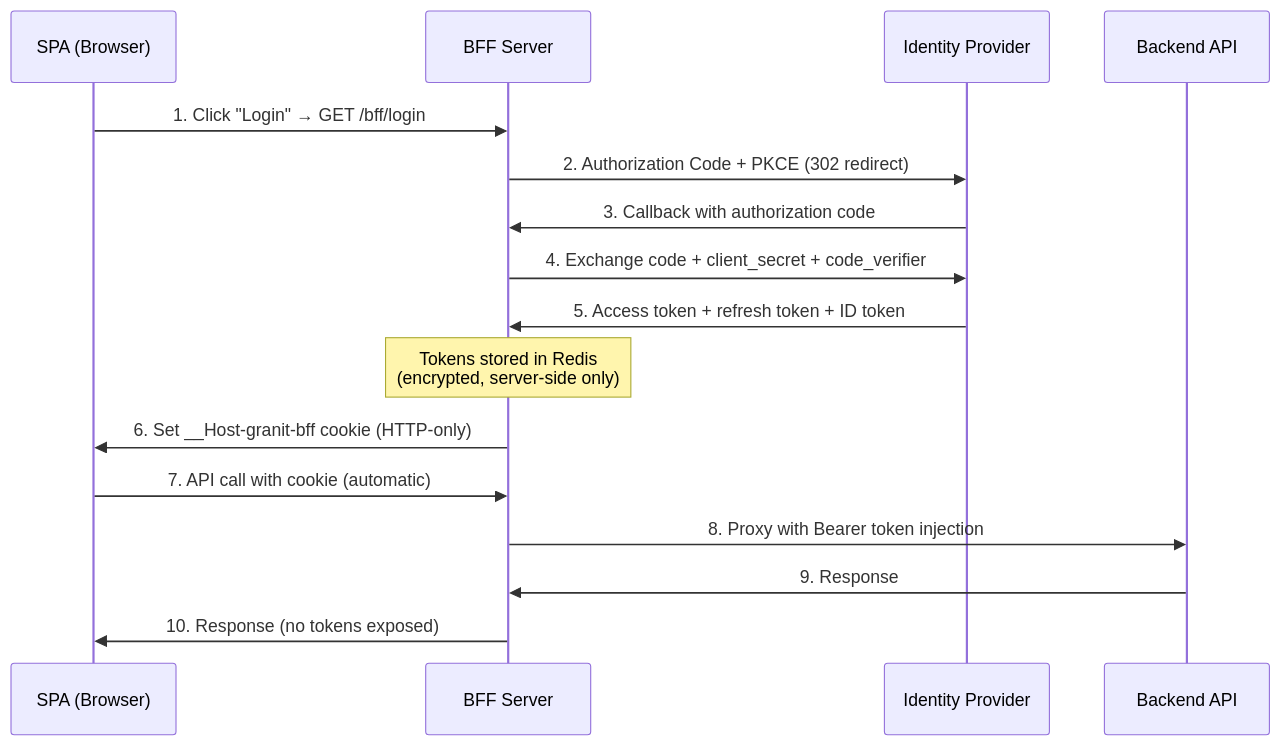
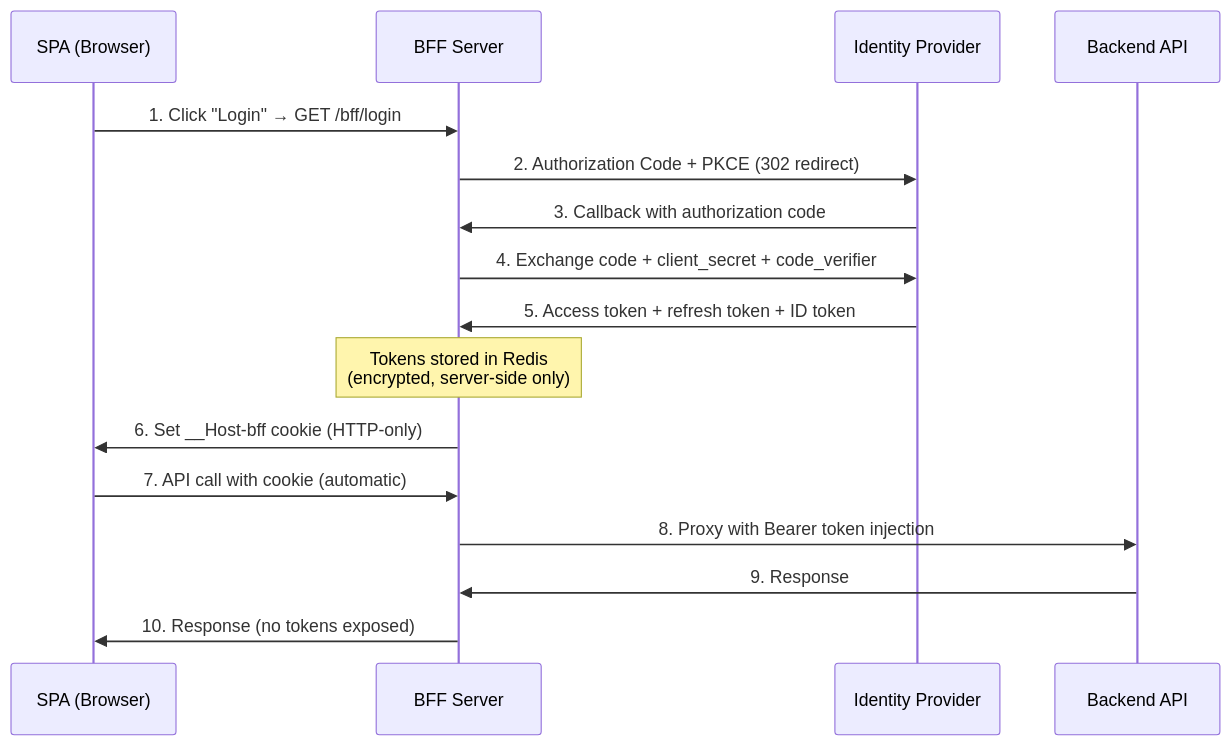
One commit to granit-fx/granit-dotnet changed the second of 3 diagrams in docs-site/src/content/docs/dotnet/security/bff/index.mdx. Above: the diagram before and after it, drawn with Mermaid. The commit also changed 12 other files, not shown here.

Commit message:
chore: include pending local changes (BFF options, docs, cookie contrib)

````diff
--- a/docs-site/src/content/docs/dotnet/security/bff/index.mdx
+++ b/docs-site/src/content/docs/dotnet/security/bff/index.mdx
@@ -80,19 +80,19 @@
 ```mermaid
 sequenceDiagram
     participant SPA as SPA (Browser)
     participant BFF as BFF Server
     participant IdP as Identity Provider
     participant API as Backend API
 
     SPA->>BFF: 1. Click "Login" → GET /bff/login
     BFF->>IdP: 2. Authorization Code + PKCE (302 redirect)
     IdP->>BFF: 3. Callback with authorization code
     BFF->>IdP: 4. Exchange code + client_secret + code_verifier
     IdP->>BFF: 5. Access token + refresh token + ID token
     Note over BFF: Tokens stored in Redis<br/>(encrypted, server-side only)
-    BFF->>SPA: 6. Set __Host-granit-bff cookie (HTTP-only)
+    BFF->>SPA: 6. Set __Host-bff cookie (HTTP-only)
     SPA->>BFF: 7. API call with cookie (automatic)
     BFF->>API: 8. Proxy with Bearer token injection
     API->>BFF: 9. Response
     BFF->>SPA: 10. Response (no tokens exposed)
 ```
````
